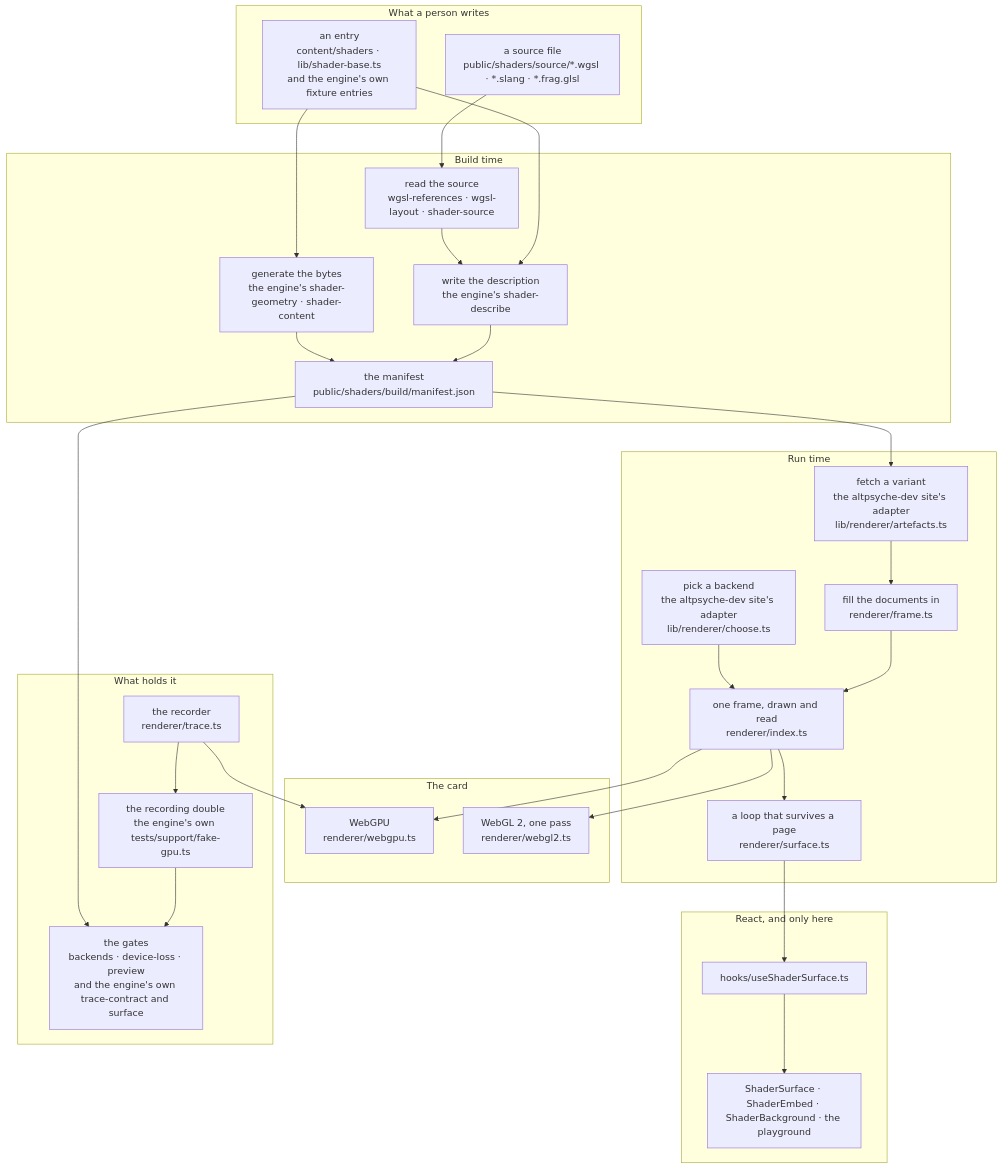
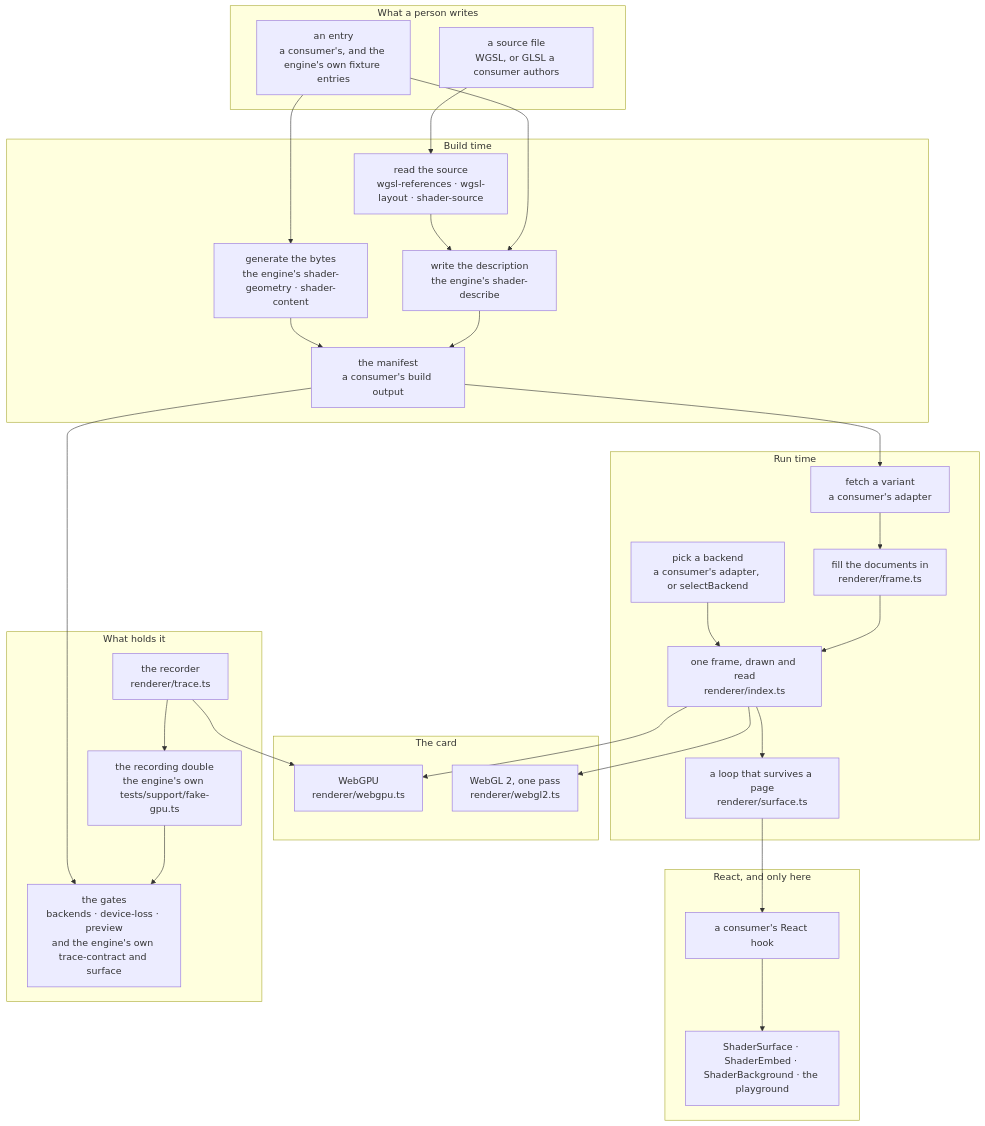
Before and after one commit to altpsyche/altpsyche-engine: the diagram in docs/ABSTRACTION.md, drawn with Mermaid. The commit also changed 3 other files, not shown here.

````diff
--- a/docs/ABSTRACTION.md
+++ b/docs/ABSTRACTION.md
@@ -15,58 +15,58 @@
 ```mermaid
 flowchart TB
     subgraph author["What a person writes"]
-        src["a source file<br/>public/shaders/source/*.wgsl · *.slang · *.frag.glsl"]
-        entry["an entry<br/>content/shaders · lib/shader-base.ts<br/>and the engine's own fixture entries"]
+        src["a source file<br/>WGSL, or GLSL a consumer authors"]
+        entry["an entry<br/>a consumer's, and the engine's own fixture entries"]
     end
 
     subgraph build["Build time"]
         read["read the source<br/>wgsl-references · wgsl-layout · shader-source"]
         describe["write the description<br/>the engine's shader-describe"]
         gen["generate the bytes<br/>the engine's shader-geometry · shader-content"]
-        manifest["the manifest<br/>public/shaders/build/manifest.json"]
+        manifest["the manifest<br/>a consumer's build output"]
     end
 
     subgraph runtime["Run time"]
-        artefacts["fetch a variant<br/>the altpsyche-dev site's adapter<br/>lib/renderer/artefacts.ts"]
+        artefacts["fetch a variant<br/>a consumer's adapter"]
         frame["fill the documents in<br/>renderer/frame.ts"]
-        choose["pick a backend<br/>the altpsyche-dev site's adapter<br/>lib/renderer/choose.ts"]
+        choose["pick a backend<br/>a consumer's adapter, or selectBackend"]
         oneshot["one frame, drawn and read<br/>renderer/index.ts"]
         live["a loop that survives a page<br/>renderer/surface.ts"]
     end
 
     subgraph device["The card"]
         wgpu["WebGPU<br/>renderer/webgpu.ts"]
         wgl["WebGL 2, one pass<br/>renderer/webgl2.ts"]
     end
 
     subgraph react["React, and only here"]
-        hook["hooks/useShaderSurface.ts"]
+        hook["a consumer's React hook"]
         comps["ShaderSurface · ShaderEmbed · ShaderBackground · the playground"]
     end
 
     subgraph proof["What holds it"]
         dbl["the recording double<br/>the engine's own tests/support/fake-gpu.ts"]
         rec["the recorder<br/>renderer/trace.ts"]
         gates["the gates<br/>backends · device-loss · preview<br/>and the engine's own trace-contract and surface"]
     end
 
     src --> read
     entry --> describe
     read --> describe
     entry --> gen
     describe --> manifest
     gen --> manifest
     manifest --> artefacts
     artefacts --> frame
     frame --> oneshot
     choose --> oneshot
     oneshot --> wgpu
     oneshot --> wgl
     oneshot --> live
     live --> hook
     hook --> comps
     rec --> wgpu
     rec --> dbl
     dbl --> gates
     manifest --> gates
 ```
````
